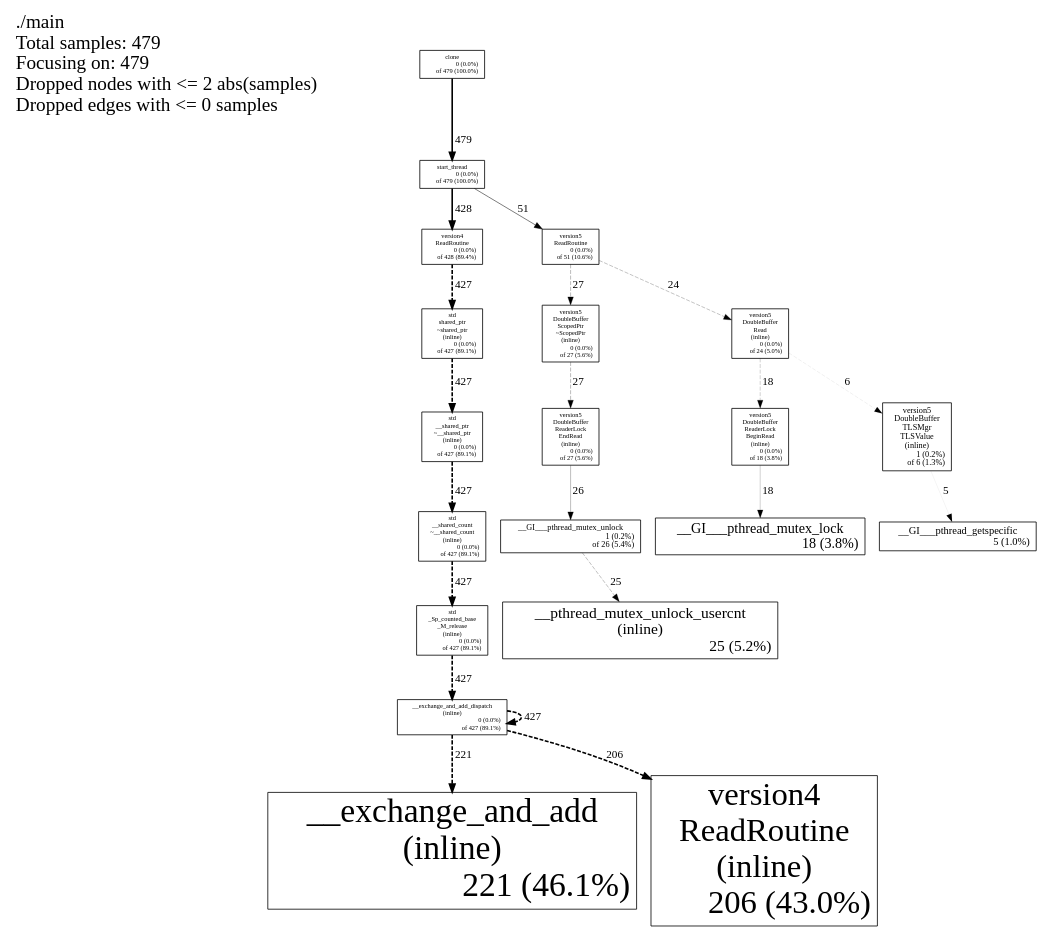
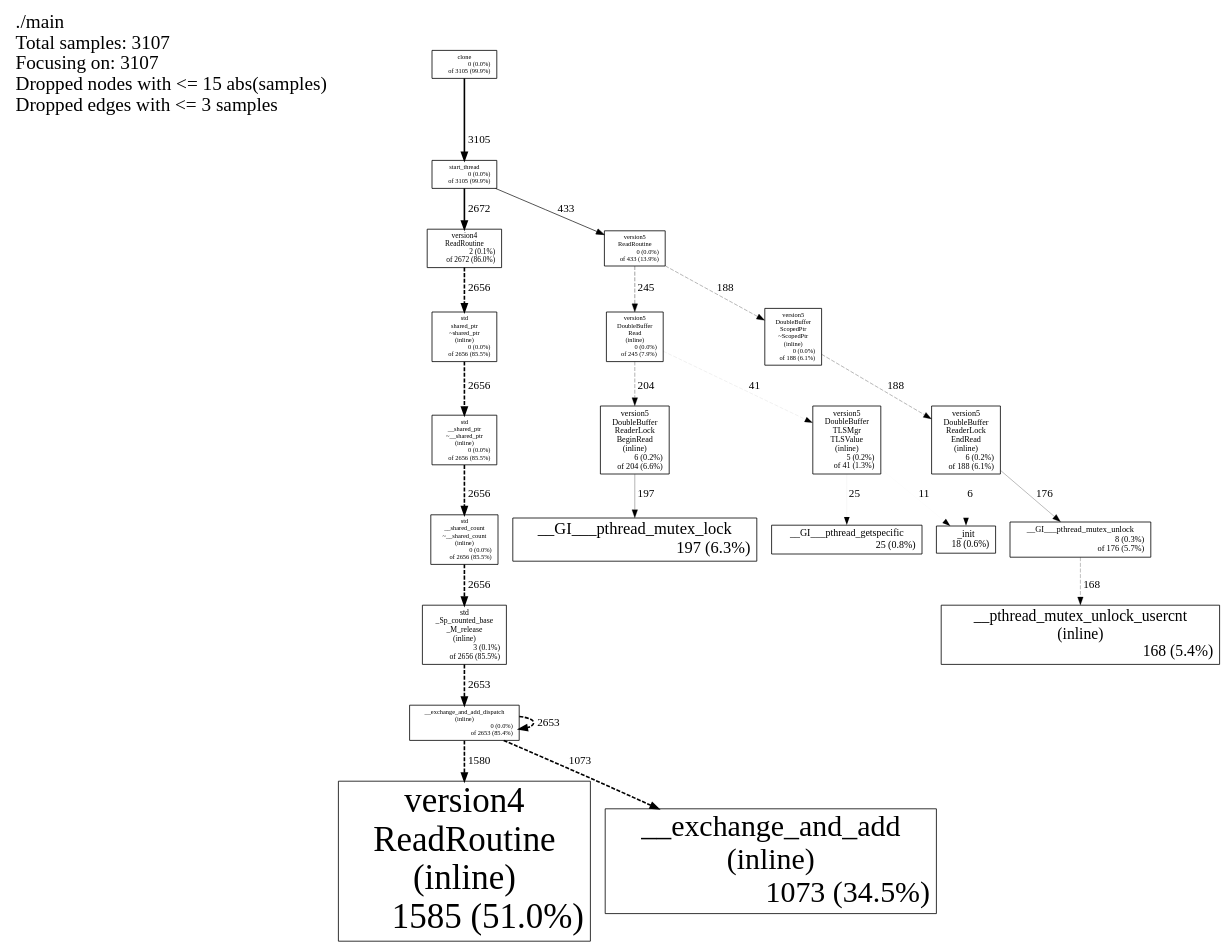
The diagram in chapter01/src/dbd/dbd_benchmark.dot (MaxEntroy/mymuduo), drawn with Graphviz before and after one commit. The commit also changed 6 other files, not shown here.

```diff
--- a/chapter01/src/dbd/dbd_benchmark.dot
+++ b/chapter01/src/dbd/dbd_benchmark.dot
@@ -1,44 +1,47 @@
-digraph "./main; 479 samples" {
+digraph "./main; 3107 samples" {
 node [width=0.375,height=0.25];
-Legend [shape=box,fontsize=24,shape=plaintext,label="./main\lTotal samples: 479\lFocusing on: 479\lDropped nodes with <= 2 abs(samples)\lDropped edges with <= 0 samples\l"];
-N1 [label="clone\n0 (0.0%)\rof 479 (100.0%)\r",shape=box,fontsize=8.0];
-N2 [label="start_thread\n0 (0.0%)\rof 479 (100.0%)\r",shape=box,fontsize=8.0];
-N3 [label="version4\nReadRoutine\n0 (0.0%)\rof 428 (89.4%)\r",shape=box,fontsize=8.0];
-N4 [label="__exchange_and_add_dispatch\n(inline)\n0 (0.0%)\rof 427 (89.1%)\r",shape=box,fontsize=8.0];
-N5 [label="std\n_Sp_counted_base\n_M_release\n(inline)\n0 (0.0%)\rof 427 (89.1%)\r",shape=box,fontsize=8.0];
-N6 [label="std\n__shared_count\n~__shared_count\n(inline)\n0 (0.0%)\rof 427 (89.1%)\r",shape=box,fontsize=8.0];
-N7 [label="std\n__shared_ptr\n~__shared_ptr\n(inline)\n0 (0.0%)\rof 427 (89.1%)\r",shape=box,fontsize=8.0];
-N8 [label="std\nshared_ptr\n~shared_ptr\n(inline)\n0 (0.0%)\rof 427 (89.1%)\r",shape=box,fontsize=8.0];
-N9 [label="__exchange_and_add\n(inline)\n221 (46.1%)\r",shape=box,fontsize=42.0];
-N10 [label="version4\nReadRoutine\n(inline)\n206 (43.0%)\r",shape=box,fontsize=40.8];
-N11 [label="version5\nReadRoutine\n0 (0.0%)\rof 51 (10.6%)\r",shape=box,fontsize=8.0];
-N12 [label="version5\nDoubleBuffer\nReaderLock\nEndRead\n(inline)\n0 (0.0%)\rof 27 (5.6%)\r",shape=box,fontsize=8.0];
-N13 [label="version5\nDoubleBuffer\nScopedPtr\n~ScopedPtr\n(inline)\n0 (0.0%)\rof 27 (5.6%)\r",shape=box,fontsize=8.0];
-N14 [label="__GI___pthread_mutex_unlock\n1 (0.2%)\rof 26 (5.4%)\r",shape=box,fontsize=10.3];
-N15 [label="__pthread_mutex_unlock_usercnt\n(inline)\n25 (5.2%)\r",shape=box,fontsize=19.4];
-N16 [label="version5\nDoubleBuffer\nRead\n(inline)\n0 (0.0%)\rof 24 (5.0%)\r",shape=box,fontsize=8.0];
-N17 [label="__GI___pthread_mutex_lock\n18 (3.8%)\r",shape=box,fontsize=17.7];
-N18 [label="version5\nDoubleBuffer\nReaderLock\nBeginRead\n(inline)\n0 (0.0%)\rof 18 (3.8%)\r",shape=box,fontsize=8.0];
-N19 [label="version5\nDoubleBuffer\nTLSMgr\nTLSValue\n(inline)\n1 (0.2%)\rof 6 (1.3%)\r",shape=box,fontsize=10.3];
-N20 [label="__GI___pthread_getspecific\n5 (1.0%)\r",shape=box,fontsize=13.1];
-N1 -> N2 [label=479, weight=75, style="setlinewidth(2.000000)"];
-N2 -> N3 [label=428, weight=69, style="setlinewidth(2.000000)"];
-N8 -> N7 [label=427, weight=69, style="setlinewidth(2.000000),dashed"];
-N4 -> N4 [label=427, weight=69, style="setlinewidth(2.000000),dashed"];
-N3 -> N8 [label=427, weight=69, style="setlinewidth(2.000000),dashed"];
-N5 -> N4 [label=427, weight=69, style="setlinewidth(2.000000),dashed"];
-N7 -> N6 [label=427, weight=69, style="setlinewidth(2.000000),dashed"];
-N6 -> N5 [label=427, weight=69, style="setlinewidth(2.000000),dashed"];
-N4 -> N9 [label=221, weight=43, style="setlinewidth(2.000000),dashed"];
-N4 -> N10 [label=206, weight=41, style="setlinewidth(2.000000),dashed"];
-N2 -> N11 [label=51, weight=15, style="setlinewidth(0.638831)"];
-N11 -> N13 [label=27, weight=10, style="setlinewidth(0.338205),dashed"];
-N13 -> N12 [label=27, weight=10, style="setlinewidth(0.338205),dashed"];
-N12 -> N14 [label=26, weight=9, style="setlinewidth(0.325678)"];
-N14 -> N15 [label=25, weight=9, style="setlinewidth(0.313152),dashed"];
-N11 -> N16 [label=24, weight=9, style="setlinewidth(0.300626),dashed"];
-N16 -> N18 [label=18, weight=7, style="setlinewidth(0.225470),dashed"];
-N18 -> N17 [label=18, weight=7, style="setlinewidth(0.225470)"];
-N16 -> N19 [label=6, weight=3, style="setlinewidth(0.075157),dashed"];
-N19 -> N20 [label=5, weight=3, style="setlinewidth(0.062630)"];
+Legend [shape=box,fontsize=24,shape=plaintext,label="./main\lTotal samples: 3107\lFocusing on: 3107\lDropped nodes with <= 15 abs(samples)\lDropped edges with <= 3 samples\l"];
+N1 [label="clone\n0 (0.0%)\rof 3105 (99.9%)\r",shape=box,fontsize=8.0];
+N2 [label="start_thread\n0 (0.0%)\rof 3105 (99.9%)\r",shape=box,fontsize=8.0];
+N3 [label="version4\nReadRoutine\n2 (0.1%)\rof 2672 (86.0%)\r",shape=box,fontsize=9.3];
+N4 [label="std\n_Sp_counted_base\n_M_release\n(inline)\n3 (0.1%)\rof 2656 (85.5%)\r",shape=box,fontsize=9.6];
+N5 [label="std\n__shared_count\n~__shared_count\n(inline)\n0 (0.0%)\rof 2656 (85.5%)\r",shape=box,fontsize=8.0];
+N6 [label="std\n__shared_ptr\n~__shared_ptr\n(inline)\n0 (0.0%)\rof 2656 (85.5%)\r",shape=box,fontsize=8.0];
+N7 [label="std\nshared_ptr\n~shared_ptr\n(inline)\n0 (0.0%)\rof 2656 (85.5%)\r",shape=box,fontsize=8.0];
+N8 [label="__exchange_and_add_dispatch\n(inline)\n0 (0.0%)\rof 2653 (85.4%)\r",shape=box,fontsize=8.0];
+N9 [label="version4\nReadRoutine\n(inline)\n1585 (51.0%)\r",shape=box,fontsize=43.7];
+N10 [label="__exchange_and_add\n(inline)\n1073 (34.5%)\r",shape=box,fontsize=37.4];
+N11 [label="version5\nReadRoutine\n0 (0.0%)\rof 433 (13.9%)\r",shape=box,fontsize=8.0];
+N12 [label="version5\nDoubleBuffer\nRead\n(inline)\n0 (0.0%)\rof 245 (7.9%)\r",shape=box,fontsize=8.0];
+N13 [label="version5\nDoubleBuffer\nReaderLock\nBeginRead\n(inline)\n6 (0.2%)\rof 204 (6.6%)\r",shape=box,fontsize=10.2];
+N14 [label="__GI___pthread_mutex_lock\n197 (6.3%)\r",shape=box,fontsize=20.6];
+N15 [label="version5\nDoubleBuffer\nReaderLock\nEndRead\n(inline)\n6 (0.2%)\rof 188 (6.1%)\r",shape=box,fontsize=10.2];
+N16 [label="version5\nDoubleBuffer\nScopedPtr\n~ScopedPtr\n(inline)\n0 (0.0%)\rof 188 (6.1%)\r",shape=box,fontsize=8.0];
+N17 [label="__GI___pthread_mutex_unlock\n8 (0.3%)\rof 176 (5.7%)\r",shape=box,fontsize=10.5];
+N18 [label="__pthread_mutex_unlock_usercnt\n(inline)\n168 (5.4%)\r",shape=box,fontsize=19.6];
+N19 [label="version5\nDoubleBuffer\nTLSMgr\nTLSValue\n(inline)\n5 (0.2%)\rof 41 (1.3%)\r",shape=box,fontsize=10.0];
+N20 [label="__GI___pthread_getspecific\n25 (0.8%)\r",shape=box,fontsize=12.5];
+N21 [label="_init\n18 (0.6%)\r",shape=box,fontsize=11.8];
+N1 -> N2 [label=3105, weight=278, style="setlinewidth(2.000000)"];
+N2 -> N3 [label=2672, weight=250, style="setlinewidth(2.000000)"];
+N6 -> N5 [label=2656, weight=249, style="setlinewidth(2.000000),dashed"];
+N5 -> N4 [label=2656, weight=249, style="setlinewidth(2.000000),dashed"];
+N3 -> N7 [label=2656, weight=249, style="setlinewidth(2.000000),dashed"];
+N7 -> N6 [label=2656, weight=249, style="setlinewidth(2.000000),dashed"];
+N4 -> N8 [label=2653, weight=249, style="setlinewidth(2.000000),dashed"];
+N8 -> N8 [label=2653, weight=249, style="setlinewidth(2.000000),dashed"];
+N8 -> N9 [label=1580, weight=173, style="setlinewidth(2.000000),dashed"];
+N8 -> N10 [label=1073, weight=132, style="setlinewidth(2.000000),dashed"];
+N2 -> N11 [label=433, weight=70, style="setlinewidth(0.836176)"];
+N11 -> N12 [label=245, weight=47, style="setlinewidth(0.473125),dashed"];
+N12 -> N13 [label=204, weight=41, style="setlinewidth(0.393949),dashed"];
+N13 -> N14 [label=197, weight=40, style="setlinewidth(0.380431)"];
+N16 -> N15 [label=188, weight=39, style="setlinewidth(0.363051),dashed"];
+N11 -> N16 [label=188, weight=39, style="setlinewidth(0.363051),dashed"];
+N15 -> N17 [label=176, weight=37, style="setlinewidth(0.339878)"];
+N17 -> N18 [label=168, weight=36, style="setlinewidth(0.324429),dashed"];
+N12 -> N19 [label=41, weight=13, style="setlinewidth(0.079176),dashed"];
+N19 -> N20 [label=25, weight=9, style="setlinewidth(0.048278)"];
+N19 -> N21 [label=11, weight=5, style="setlinewidth(0.021242)"];
+N15 -> N21 [label=6, weight=3, style="setlinewidth(0.011587)"];
 }
```
